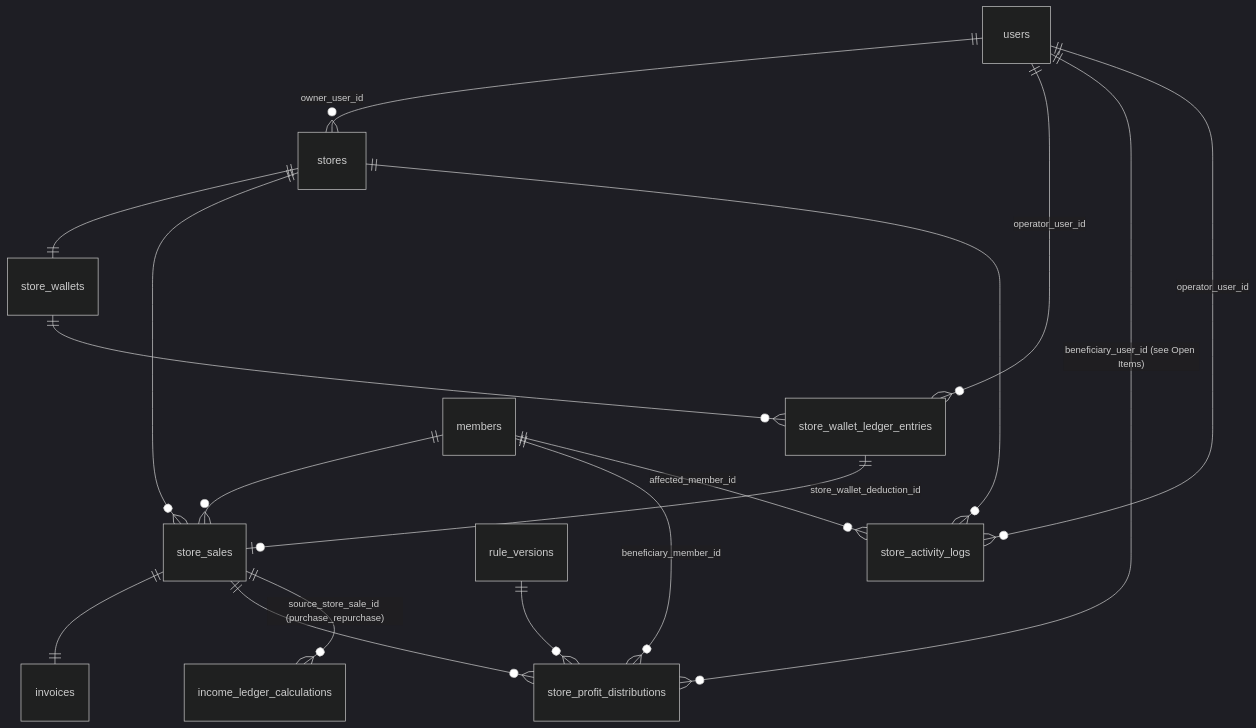
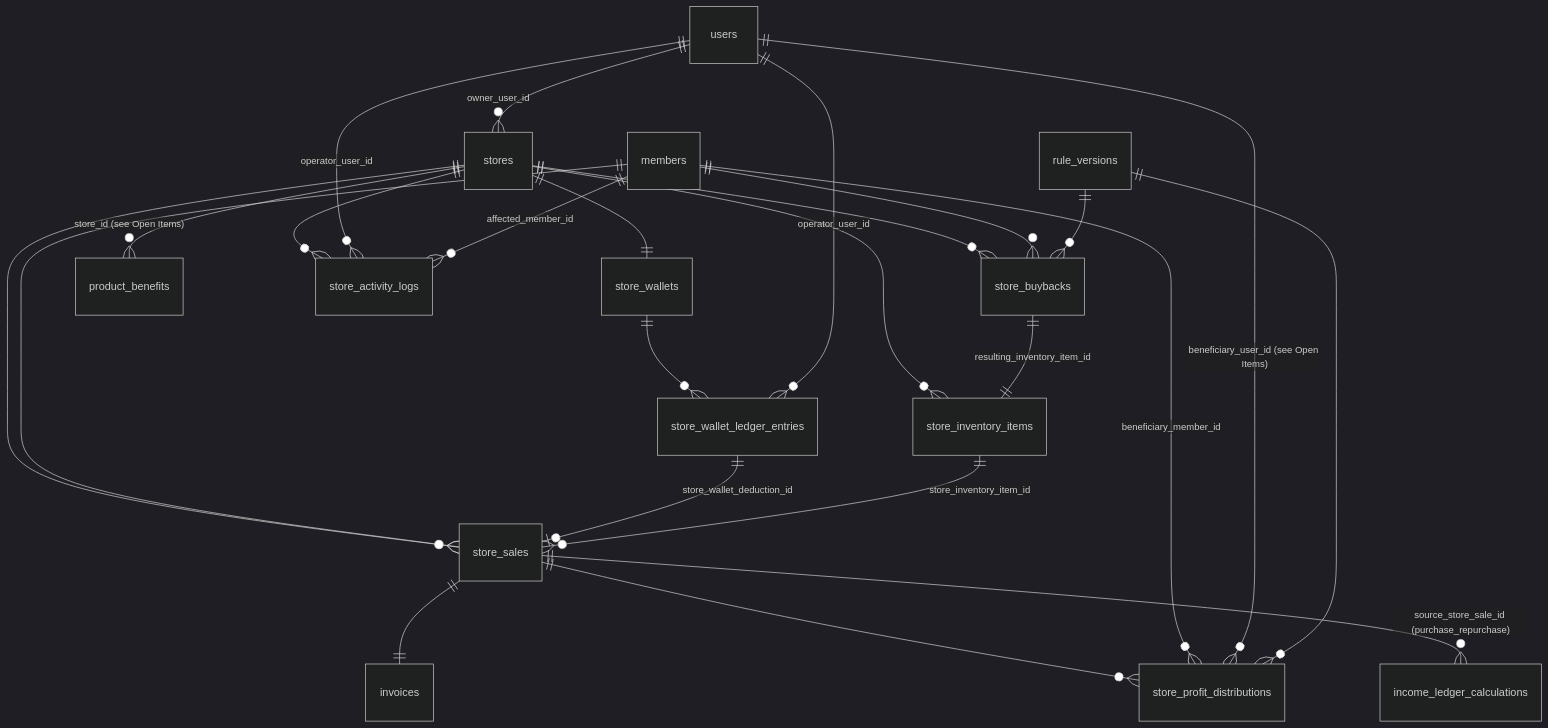
The second of 2 diagrams in Docs/DATABASE_SCHEMA.md (Jassvinder/GoldWave), drawn with Mermaid (dark theme) before and after one commit. The commit also changed other lines of this file and 229 other files, not shown here.

````diff
--- a/Docs/DATABASE_SCHEMA.md
+++ b/Docs/DATABASE_SCHEMA.md
@@ -144,23 +157,33 @@
 ```mermaid
 erDiagram
     users ||--o{ stores : "owner_user_id"
     stores ||--|| store_wallets : ""
     store_wallets ||--o{ store_wallet_ledger_entries : ""
     users ||--o{ store_wallet_ledger_entries : "operator_user_id"
 
+    stores ||--o{ store_inventory_items : ""
+
     stores ||--o{ store_sales : ""
     members ||--o{ store_sales : ""
     store_wallet_ledger_entries ||--o| store_sales : "store_wallet_deduction_id"
+    store_inventory_items ||--o{ store_sales : "store_inventory_item_id"
     store_sales ||--|| invoices : ""
 
     store_sales ||--o{ store_profit_distributions : ""
     members ||--o{ store_profit_distributions : "beneficiary_member_id"
     users ||--o{ store_profit_distributions : "beneficiary_user_id (see Open Items)"
     rule_versions ||--o{ store_profit_distributions : ""
 
     store_sales ||--o{ income_ledger_calculations : "source_store_sale_id (purchase_repurchase)"
 
+    stores ||--o{ store_buybacks : ""
+    members ||--o{ store_buybacks : ""
+    store_buybacks ||--|| store_inventory_items : "resulting_inventory_item_id"
+    rule_versions ||--o{ store_buybacks : ""
+
+    stores ||--o{ product_benefits : "store_id (see Open Items)"
+
     stores ||--o{ store_activity_logs : ""
     users ||--o{ store_activity_logs : "operator_user_id"
     members ||--o{ store_activity_logs : "affected_member_id"
 ```
````
